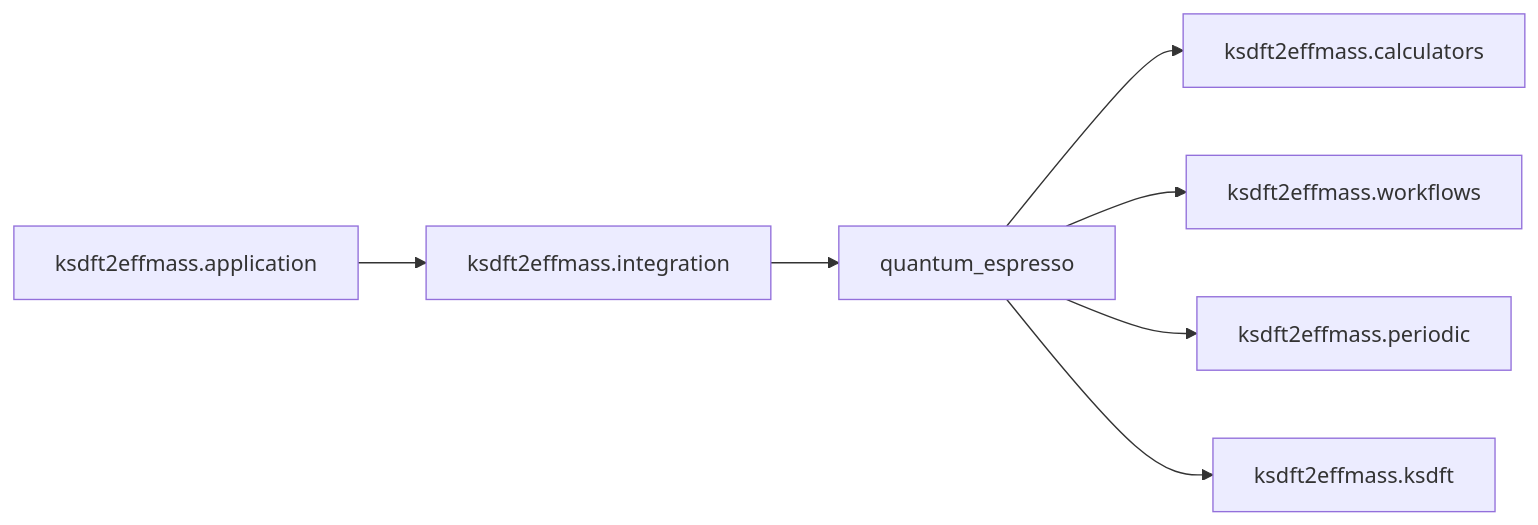
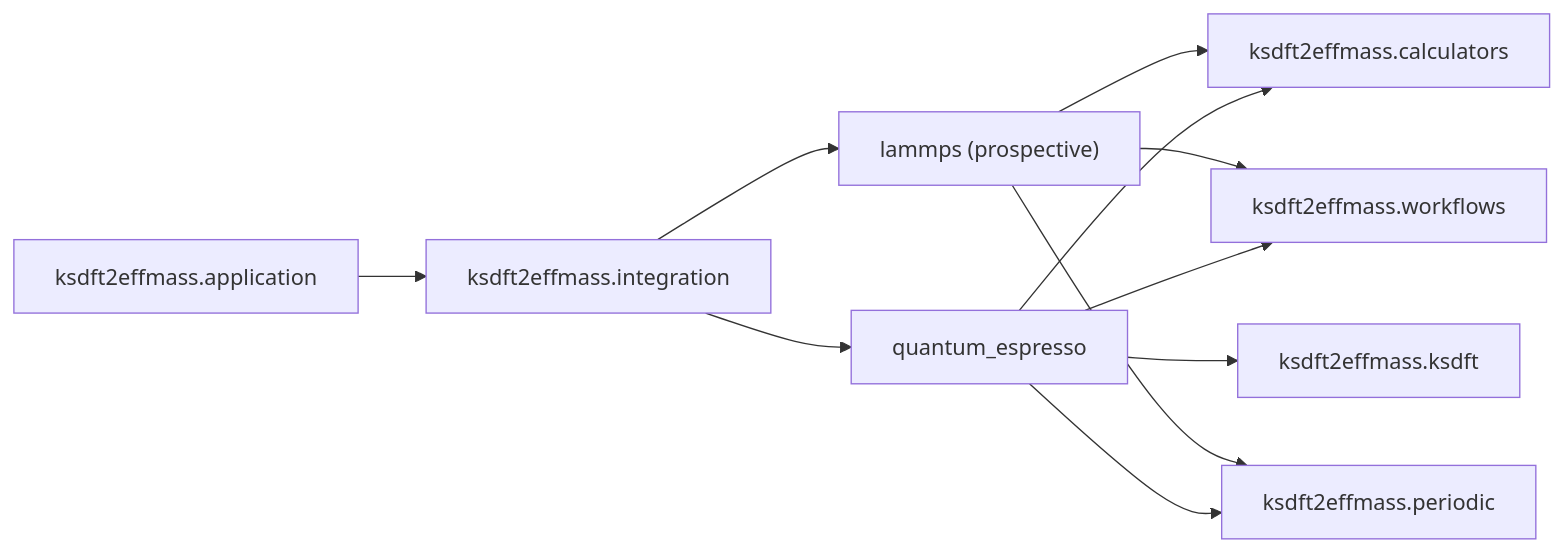
The diagram in docs/architecture/v2/ksdft2effmass/integration/index.md (eragasa/ksdft2effmass), drawn with Mermaid before and after one commit. The commit also changed other lines of this file and 57 other files, not shown here.

````diff
--- a/docs/architecture/v2/ksdft2effmass/integration/index.md
+++ b/docs/architecture/v2/ksdft2effmass/integration/index.md
@@ -10,9 +12,13 @@
 ```mermaid
 flowchart LR
     app["ksdft2effmass.application"] --> integration["ksdft2effmass.integration"]
     integration --> qe["quantum_espresso"]
+    integration --> lammps["lammps (prospective)"]
     qe --> calculators["ksdft2effmass.calculators"]
     qe --> workflows["ksdft2effmass.workflows"]
     qe --> periodic["ksdft2effmass.periodic"]
     qe --> ksdft["ksdft2effmass.ksdft"]
+    lammps --> calculators
+    lammps --> workflows
+    lammps --> periodic
 ```
````
